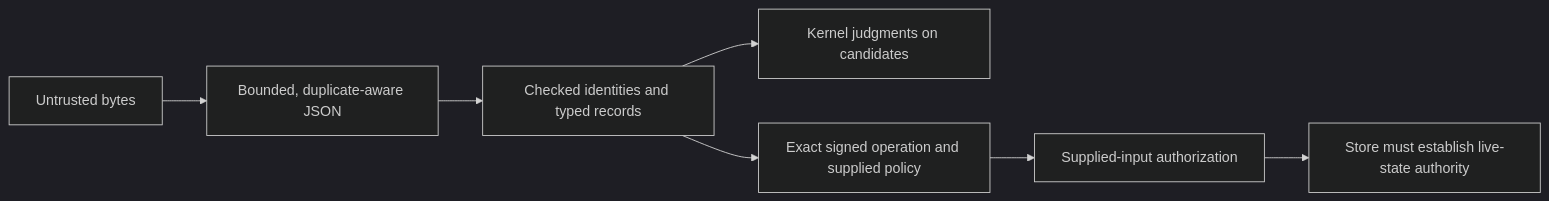
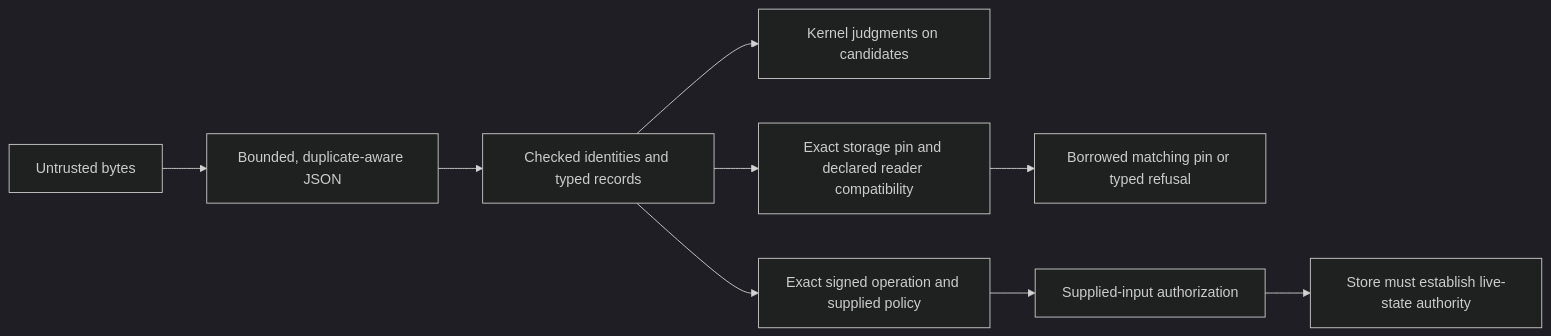
One commit to writfold-dev/writfold changed the diagram in docs/writfold/domain-boundary.md. Above: the diagram before and after it, drawn with Mermaid (dark theme). The commit also changed other lines of this file and 160 other files, not shown here.

````diff
--- a/docs/writfold/domain-boundary.md
+++ b/docs/writfold/domain-boundary.md
@@ -149,9 +185,11 @@
 ```mermaid
 flowchart LR
   Input["Untrusted bytes"] --> Raw["Bounded, duplicate-aware JSON"]
   Raw --> Typed["Checked identities and typed records"]
   Typed --> Semantic["Kernel judgments on candidates"]
   Typed --> Crypto["Exact signed operation and supplied policy"]
+  Typed --> Pins["Exact storage pin and declared reader compatibility"]
+  Pins --> Consistent["Borrowed matching pin or typed refusal"]
   Crypto --> Bound["Supplied-input authorization"]
   Bound --> Live["Store must establish live-state authority"]
 ```
````
